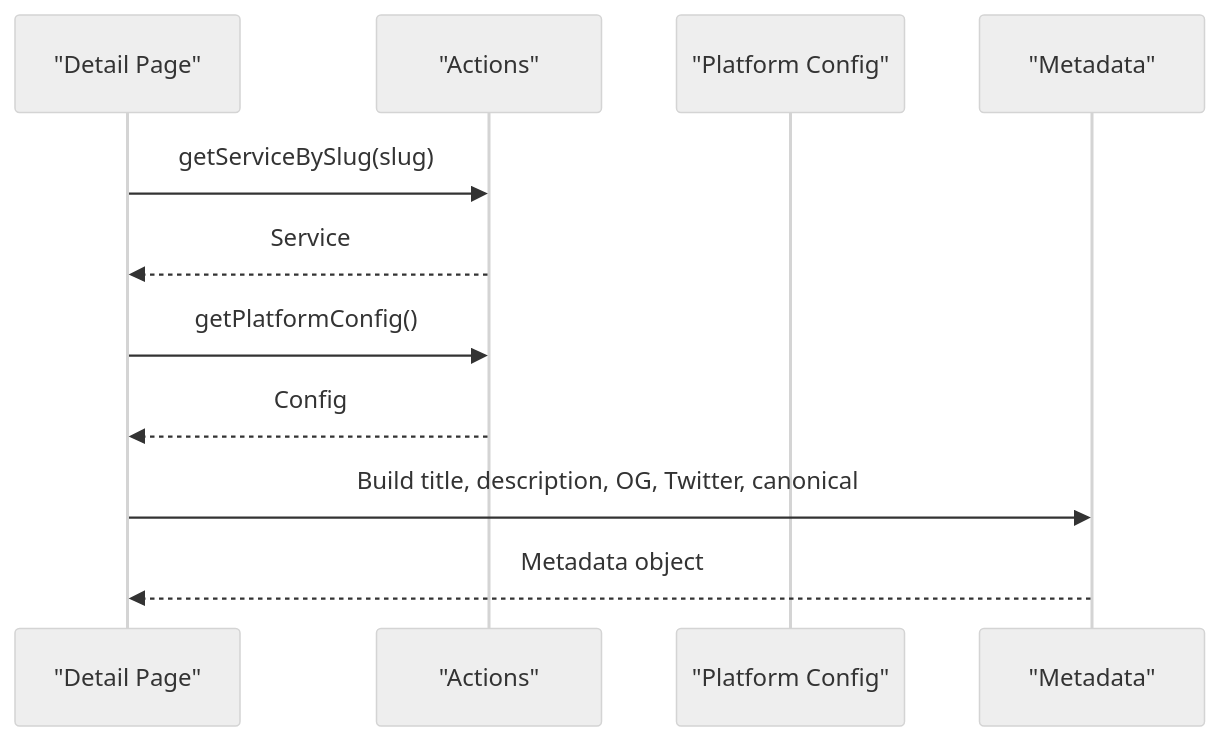
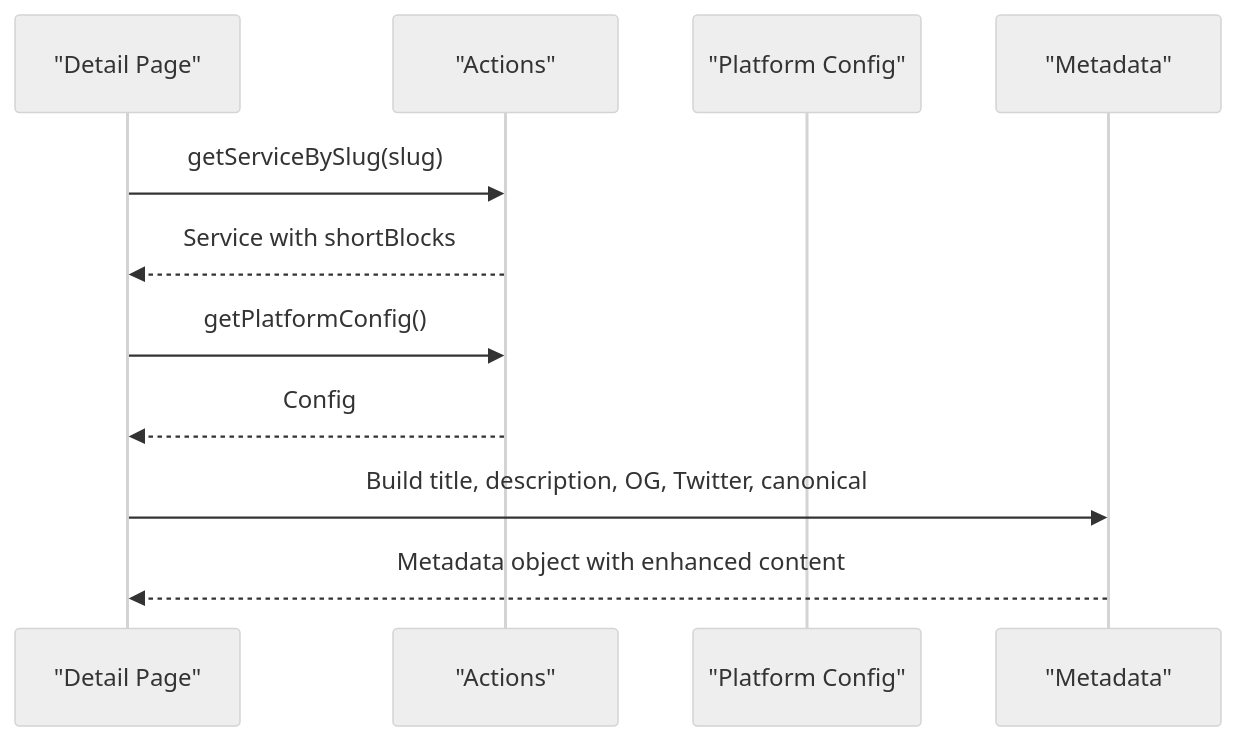
One commit to xLegarda/GreenAxis changed the eighth of 13 diagrams in .qoder/repowiki/en/content/Core Features Implementation/Public Website Features/Services Catalog System.md. Above: the diagram before and after it, drawn with Mermaid (neutral theme). The commit also changed other lines of this file and 42 other files, not shown here.

````diff
--- a/.qoder/repowiki/en/content/Core Features Implementation/Public Website Features/Services Catalog System.md
+++ b/.qoder/repowiki/en/content/Core Features Implementation/Public Website Features/Services Catalog System.md
@@ -353,13 +379,13 @@
 ```mermaid
 sequenceDiagram
 participant DP as "Detail Page"
 participant AC as "Actions"
 participant CFG as "Platform Config"
 participant META as "Metadata"
 DP->>AC : getServiceBySlug(slug)
-AC-->>DP : Service
+AC-->>DP : Service with shortBlocks
 DP->>AC : getPlatformConfig()
 AC-->>DP : Config
 DP->>META : Build title, description, OG, Twitter, canonical
-META-->>DP : Metadata object
+META-->>DP : Metadata object with enhanced content
 ```
````
